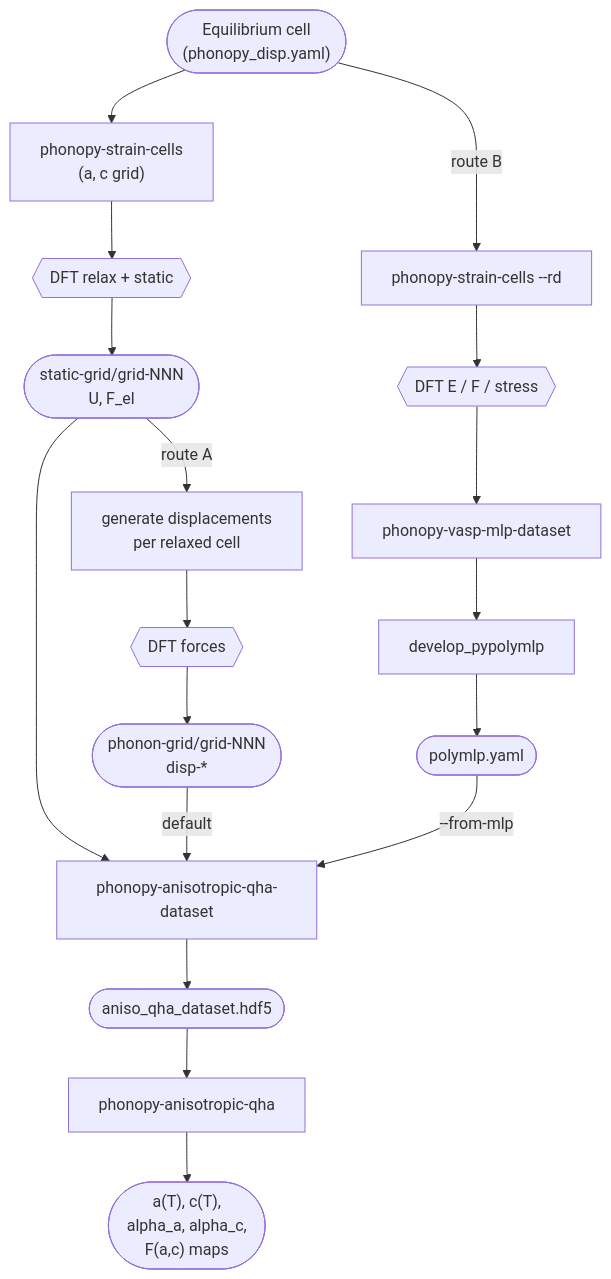
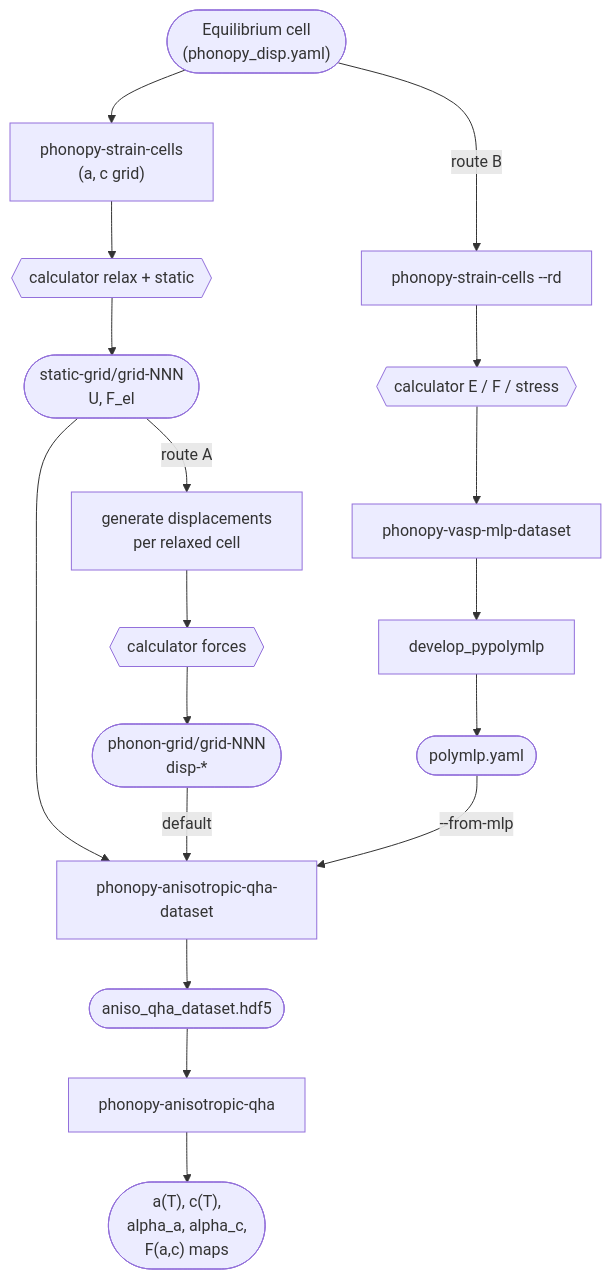
One commit to phonopy/phonopy changed the diagram in doc/anisotropic-qha.md. Above: the diagram before and after it, drawn with Mermaid. The commit also changed other lines of this file, not shown here.

````diff
--- a/doc/anisotropic-qha.md
+++ b/doc/anisotropic-qha.md
@@ -66,26 +66,26 @@
 ```{mermaid}
 flowchart TD
     EQ(["Equilibrium cell<br/>(phonopy_disp.yaml)"])
 
     EQ --> SC["phonopy-strain-cells<br/>(a, c grid)"]
-    SC --> RELAX{{"DFT relax + static"}}
+    SC --> RELAX{{"calculator relax + static"}}
     RELAX --> SGRID(["static-grid/grid-NNN<br/>U, F_el"])
 
     SGRID -->|"route A"| PD["generate displacements<br/>per relaxed cell"]
-    PD --> DFTF{{"DFT forces"}}
-    DFTF --> PGRID(["phonon-grid/grid-NNN<br/>disp-*"])
+    PD --> CALCF{{"calculator forces"}}
+    CALCF --> PGRID(["phonon-grid/grid-NNN<br/>disp-*"])
 
     EQ -->|"route B"| SCT["phonopy-strain-cells --rd"]
-    SCT --> DFTT{{"DFT E / F / stress"}}
-    DFTT --> MLPDS["phonopy-vasp-mlp-dataset"]
+    SCT --> CALCT{{"calculator E / F / stress"}}
+    CALCT --> MLPDS["phonopy-vasp-mlp-dataset"]
     MLPDS --> DEV["develop_pypolymlp"]
     DEV --> MLP(["polymlp.yaml"])
 
     SGRID --> BUILD["phonopy-anisotropic-qha-dataset"]
     PGRID -->|"default"| BUILD
     MLP -->|"--from-mlp"| BUILD
     BUILD --> DS(["aniso_qha_dataset.hdf5"])
 
     DS --> ANA["phonopy-anisotropic-qha"]
     ANA --> RES(["a(T), c(T),<br/>alpha_a, alpha_c,<br/>F(a,c) maps"])
 ```
````
